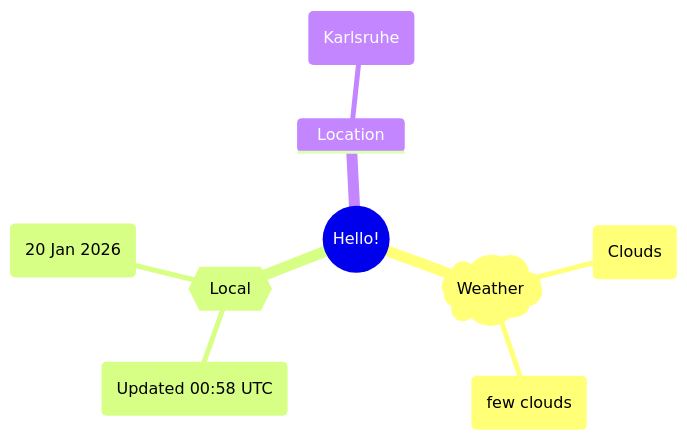
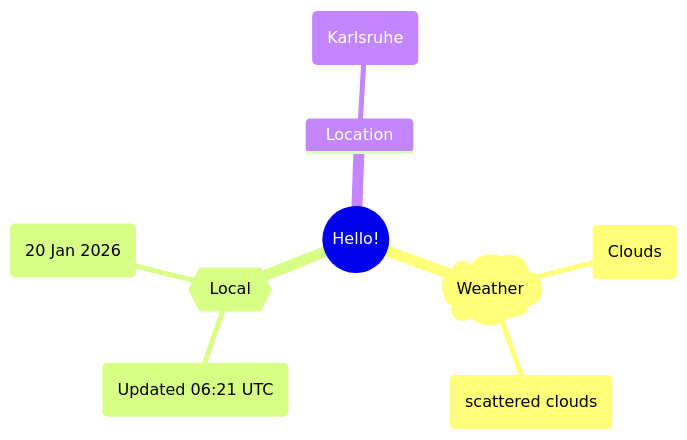
The first of 2 diagrams in README.md (Xosrov/Xosrov), drawn with Mermaid before and after one commit.

Commit message:
[bot] updated images

````diff
--- a/README.md
+++ b/README.md
@@ -3,12 +3,12 @@
 ```mermaid
 mindmap
   root((Hello!))
     )Weather(
         (Clouds)
-        (few clouds)
+        (scattered clouds)
     {{Local}}
-        (Updated 00:58 UTC)
+        (Updated 06:21 UTC)
         (20 Jan 2026)
     Location
         (Karlsruhe)
 ```
````
